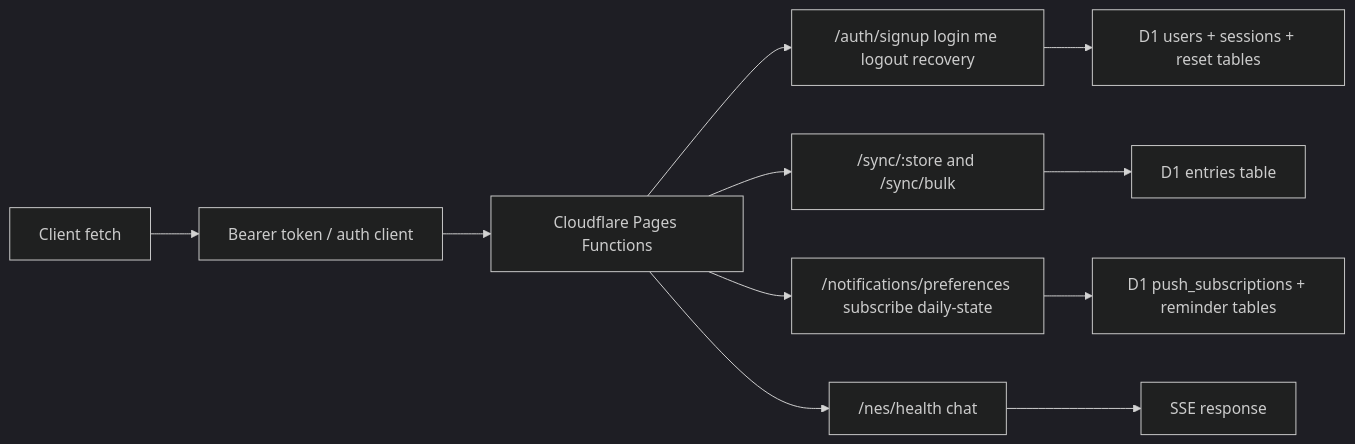
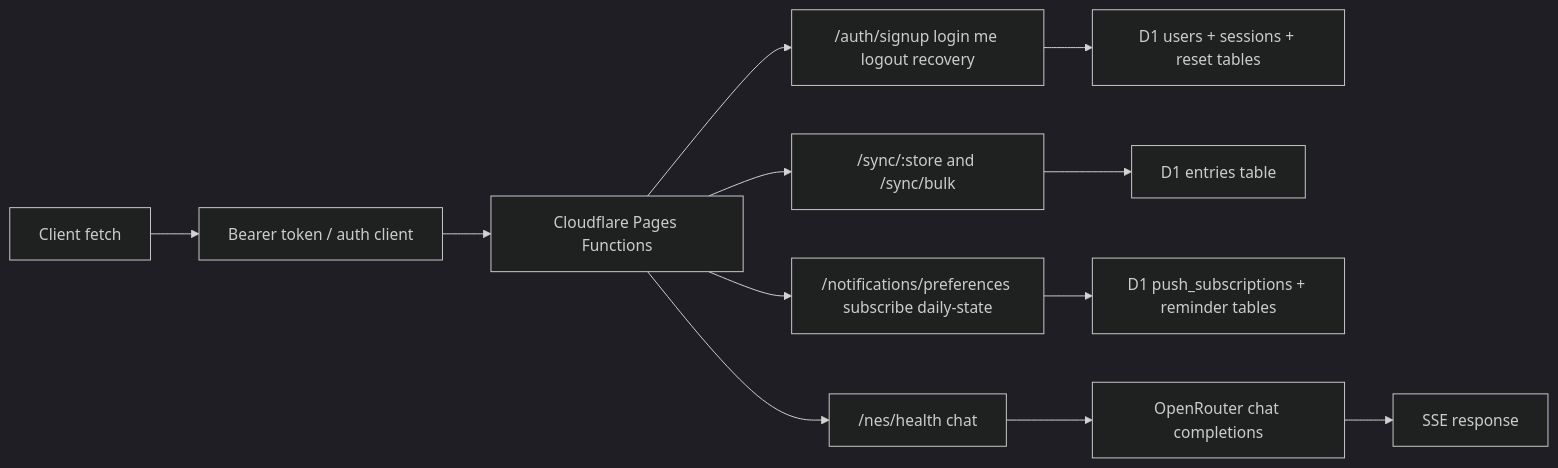
Before and after one commit to Adwoa-Acheampong/Miracle-App: the third of 7 diagrams in MIRACLE_BUILD_ARCHITECTURE.md, drawn with Mermaid (dark theme). The commit also changed other lines of this file and 4 other files, not shown here.

````diff
--- a/MIRACLE_BUILD_ARCHITECTURE.md
+++ b/MIRACLE_BUILD_ARCHITECTURE.md
@@ -92,13 +93,14 @@
 ```mermaid
 flowchart LR
   Client["Client fetch"] --> AuthHeader["Bearer token / auth client"]
   AuthHeader --> Pages["Cloudflare Pages Functions"]
   Pages --> AuthRoute["/auth/signup login me logout recovery"]
   Pages --> SyncRoute["/sync/:store and /sync/bulk"]
   Pages --> NotifyRoute["/notifications/preferences subscribe daily-state"]
   Pages --> NesRoute["/nes/health chat"]
   AuthRoute --> Users["D1 users + sessions + reset tables"]
   SyncRoute --> Entries["D1 entries table"]
   NotifyRoute --> Push["D1 push_subscriptions + reminder tables"]
-  NesRoute --> Stream["SSE response"]
+  NesRoute --> OpenRouter["OpenRouter chat completions"]
+  OpenRouter --> Stream["SSE response"]
 ```
````
